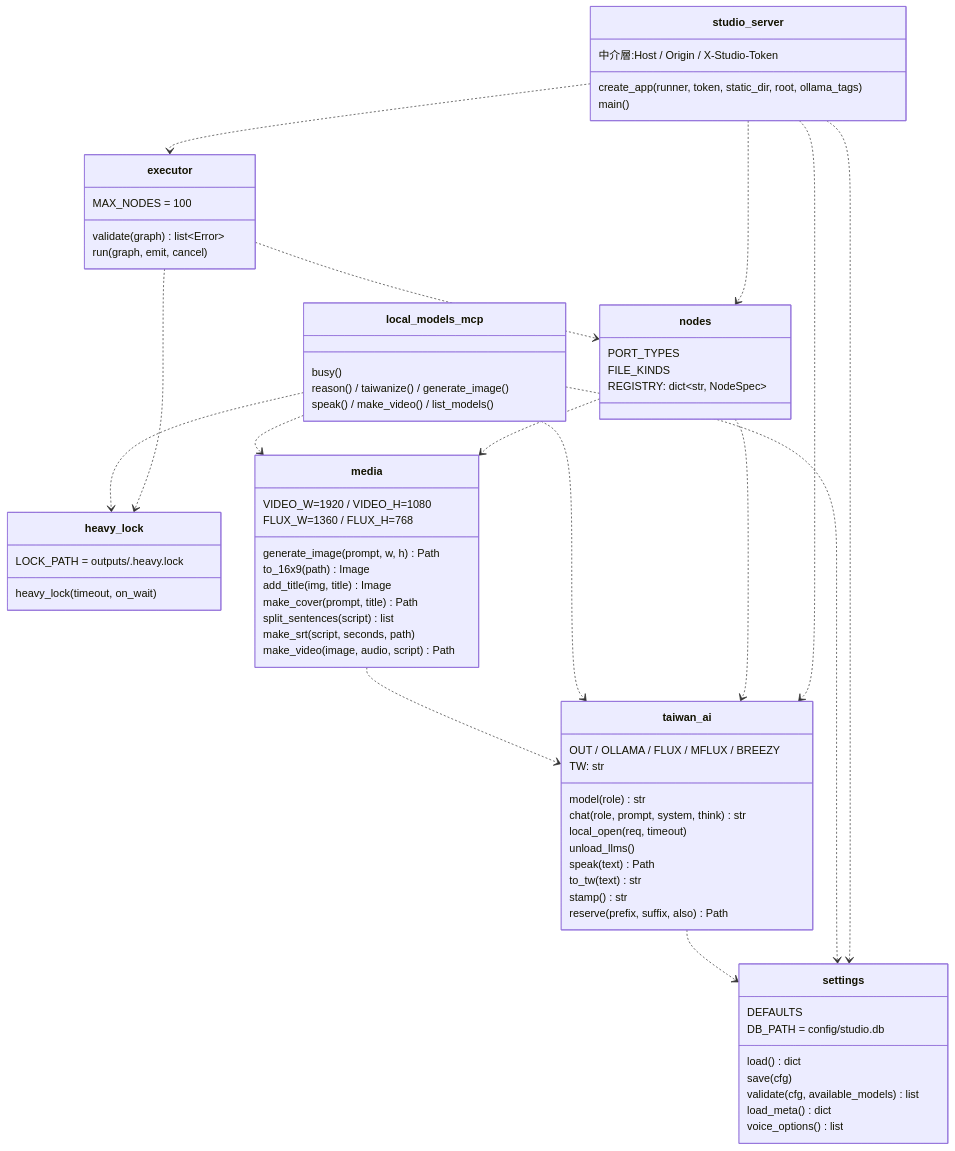
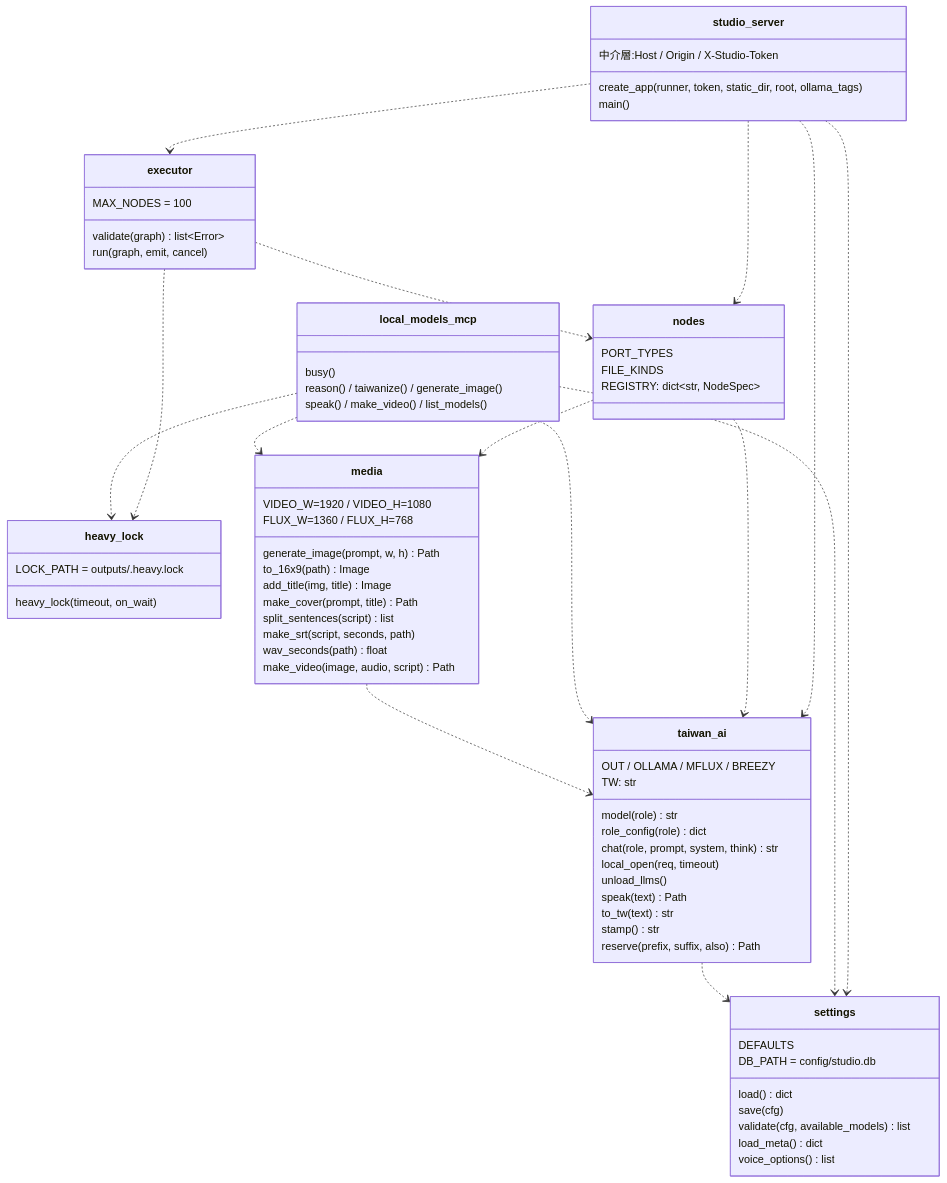
The diagram in docs/structure/design.md (kamira/podcast-studio), drawn with Mermaid before and after one commit. The commit also changed other lines of this file and 7 other files, not shown here.

````diff
--- a/docs/structure/design.md
+++ b/docs/structure/design.md
@@ -33,73 +36,75 @@
 ```mermaid
 classDiagram
   class studio_server {
     create_app(runner, token, static_dir, root, ollama_tags)
     main()
     中介層:Host / Origin / X-Studio-Token
   }
   class executor {
     MAX_NODES = 100
     validate(graph) list~Error~
     run(graph, emit, cancel)
   }
   class nodes {
     PORT_TYPES
     FILE_KINDS
     REGISTRY: dict~str, NodeSpec~
   }
   class settings {
     DEFAULTS
     DB_PATH = config/studio.db
     load() dict
     save(cfg)
     validate(cfg, available_models) list
     load_meta() dict
     voice_options() list
   }
   class heavy_lock {
     LOCK_PATH = outputs/.heavy.lock
     heavy_lock(timeout, on_wait)
   }
   class taiwan_ai {
-    OUT / OLLAMA / FLUX / MFLUX / BREEZY
+    OUT / OLLAMA / MFLUX / BREEZY
     TW: str
     model(role) str
+    role_config(role) dict
     chat(role, prompt, system, think) str
     local_open(req, timeout)
     unload_llms()
     speak(text) Path
     to_tw(text) str
     stamp() str
     reserve(prefix, suffix, also) Path
   }
   class media {
     VIDEO_W=1920 / VIDEO_H=1080
     FLUX_W=1360 / FLUX_H=768
     generate_image(prompt, w, h) Path
     to_16x9(path) Image
     add_title(img, title) Image
     make_cover(prompt, title) Path
     split_sentences(script) list
     make_srt(script, seconds, path)
+    wav_seconds(path) float
     make_video(image, audio, script) Path
   }
   class local_models_mcp {
     busy()
     reason() / taiwanize() / generate_image()
     speak() / make_video() / list_models()
   }
   studio_server ..> executor
   studio_server ..> nodes
   studio_server ..> settings
   studio_server ..> taiwan_ai
   executor ..> nodes
   executor ..> heavy_lock
   nodes ..> media
   nodes ..> taiwan_ai
   local_models_mcp ..> heavy_lock
   local_models_mcp ..> settings
   local_models_mcp ..> media
   local_models_mcp ..> taiwan_ai
   media ..> taiwan_ai
   taiwan_ai ..> settings
 ```
````
